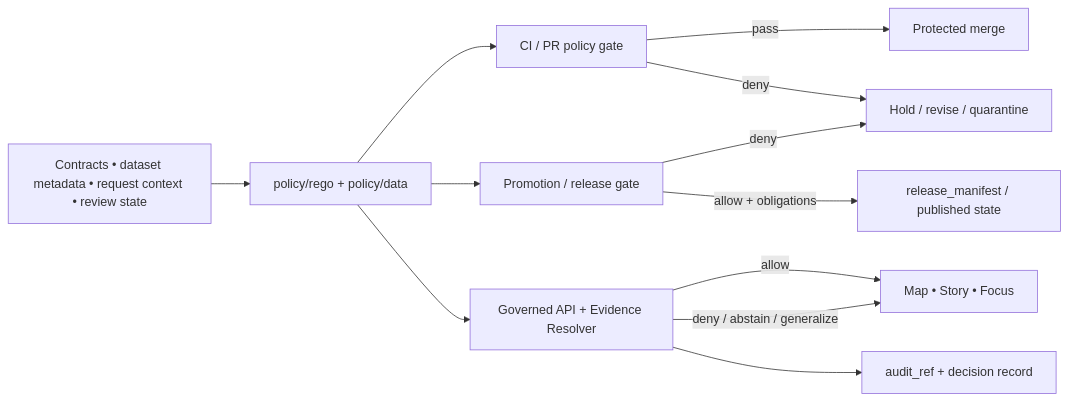
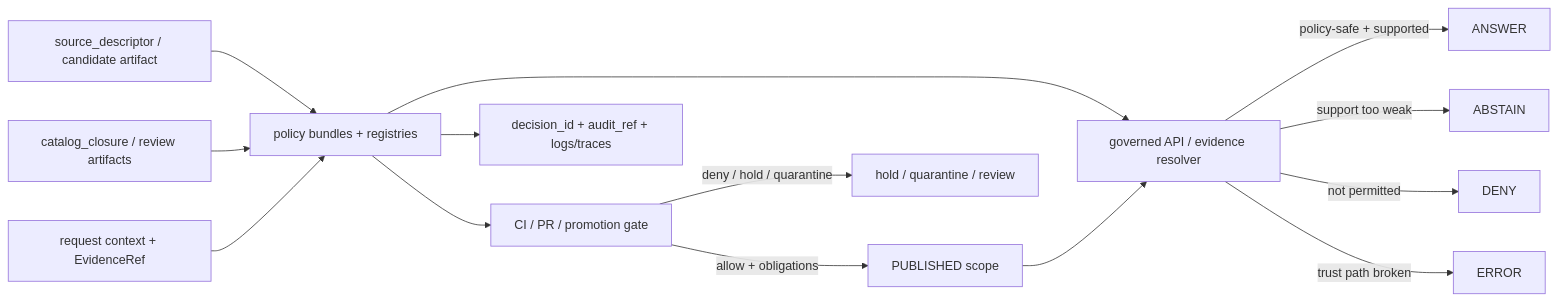
Before and after one commit to bartytime4life/Kansas-Frontier-Matrix: the diagram in policy/README.md, drawn with Mermaid. The commit also changed other lines of this file, not shown here.

First line of the commit message:
Revise notes for clarity on repository verification

````diff
--- a/policy/README.md
+++ b/policy/README.md
@@ -258,17 +276,20 @@
 ```mermaid
 flowchart LR
-  Inputs[Contracts • dataset metadata • request context • review state] --> Source[policy/rego + policy/data]
-  Source --> CI[CI / PR policy gate]
-  Source --> Publish[Promotion / release gate]
-  Source --> Runtime[Governed API + Evidence Resolver]
+  A[source_descriptor / candidate artifact] --> P[policy bundles + registries]
+  B[catalog_closure / review artifacts] --> P
+  C[request context + EvidenceRef] --> P
 
-  CI -->|pass| Merge[Protected merge]
-  CI -->|deny| Hold[Hold / revise / quarantine]
+  P --> CI[CI / PR / promotion gate]
+  P --> RT[governed API / evidence resolver]
 
-  Publish -->|allow + obligations| Release[release_manifest / published state]
-  Publish -->|deny| Hold
+  CI -->|allow + obligations| PUB[PUBLISHED scope]
+  CI -->|deny / hold / quarantine| HOLD[hold / quarantine / review]
 
-  Runtime -->|allow| Surface[Map • Story • Focus]
-  Runtime -->|deny / abstain / generalize| Surface
-  Runtime --> Audit[audit_ref + decision record]
+  RT -->|policy-safe + supported| ANSWER[ANSWER]
+  RT -->|support too weak| ABSTAIN[ABSTAIN]
+  RT -->|not permitted| DENY[DENY]
+  RT -->|trust path broken| ERROR[ERROR]
+
+  P --> AUDIT[decision_id + audit_ref + logs/traces]
+  PUB --> RT
 ```
````
